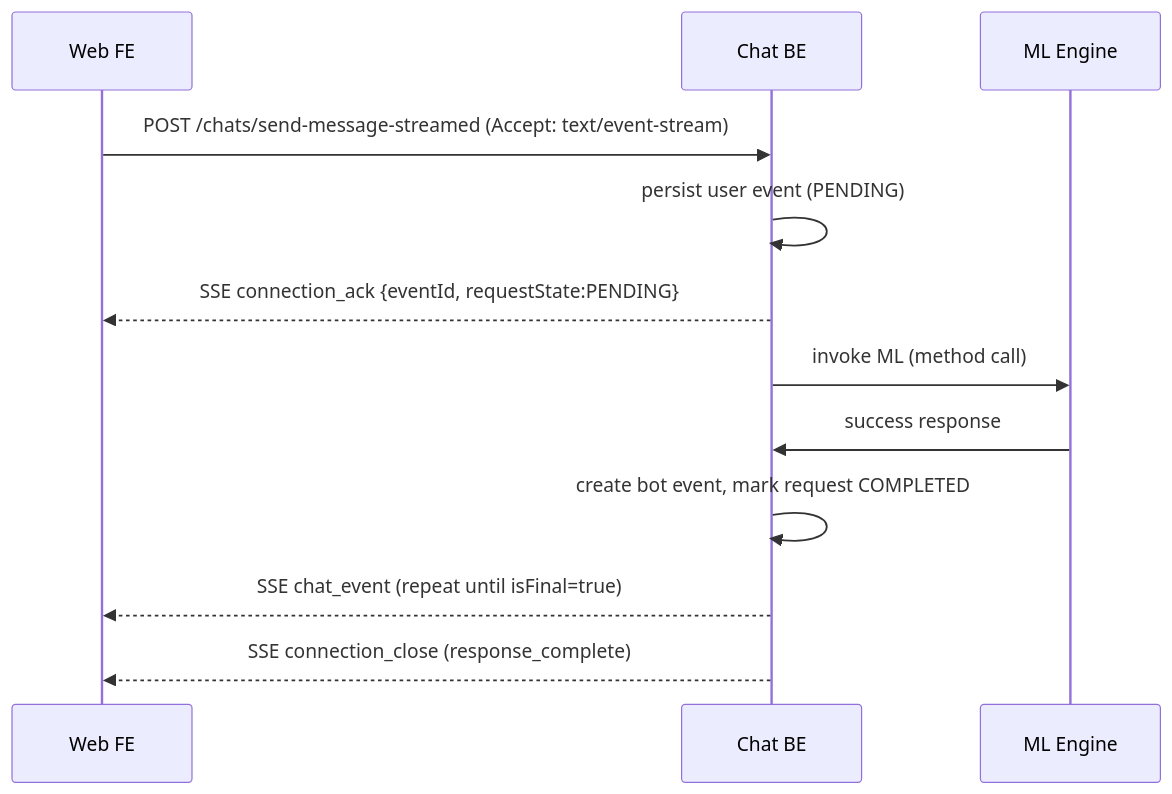
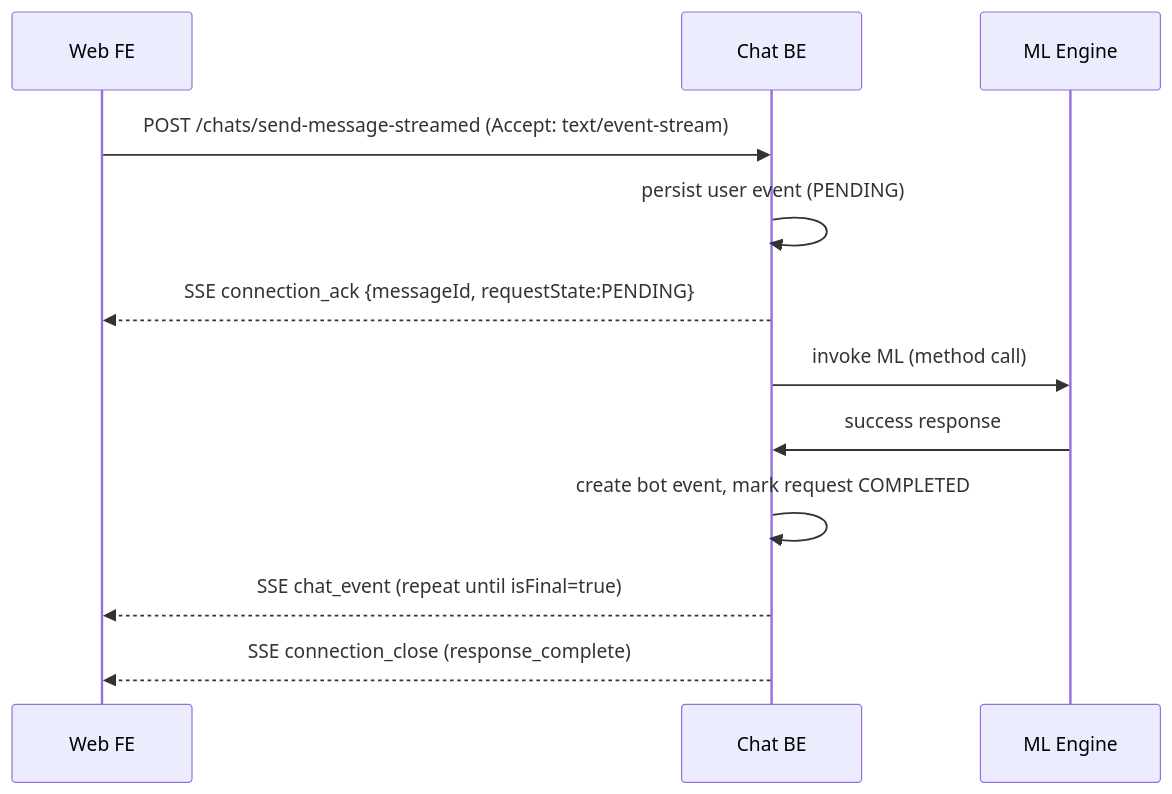
Before and after one commit to sachin-hg/chat-demo: the first of 5 diagrams in chat_v1.md, drawn with Mermaid. The commit also changed other lines of this file and 12 other files, not shown here.

````diff
--- a/chat_v1.md
+++ b/chat_v1.md
@@ -482,16 +479,16 @@
 ```mermaid
 sequenceDiagram
     participant FE as Web FE
     participant BE as Chat BE
     participant ML as ML Engine
 
     FE->>BE: POST /chats/send-message-streamed (Accept: text/event-stream)
     BE->>BE: persist user event (PENDING)
-    BE-->>FE: SSE connection_ack {eventId, requestState:PENDING}
+    BE-->>FE: SSE connection_ack {messageId, requestState:PENDING}
     BE->>ML: invoke ML (method call)
 
     ML->>BE: success response
     BE->>BE: create bot event, mark request COMPLETED
     BE-->>FE: SSE chat_event (repeat until isFinal=true)
     BE-->>FE: SSE connection_close (response_complete)
 ```
````
